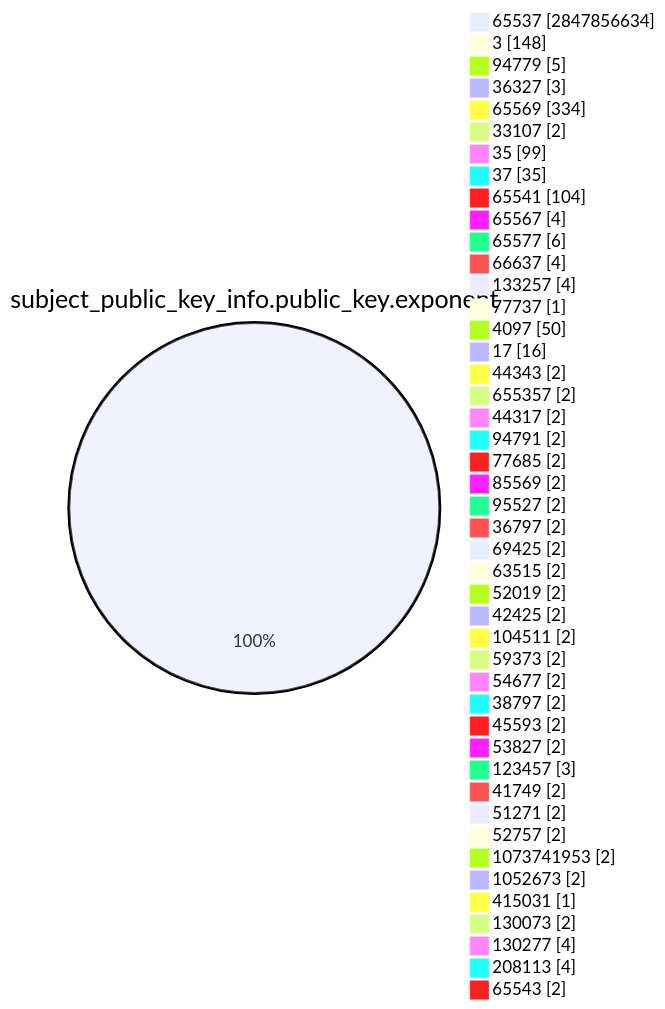
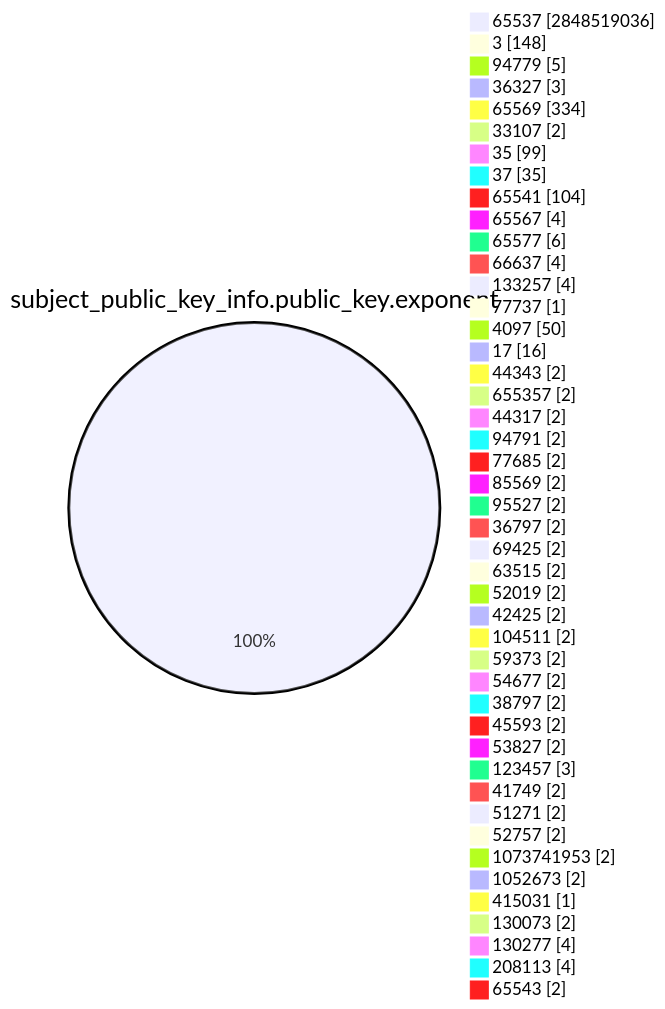
One commit to christiankrug/ctmonitor_visualization changed the fourth of 15 diagrams in TOTAL/README.md. Above: the diagram before and after it, drawn with Mermaid. The commit also changed other lines of this file, not shown here.

````diff
--- a/TOTAL/README.md
+++ b/TOTAL/README.md
@@ -1468,49 +1468,49 @@
 ```mermaid
 pie showData
 title subject_public_key_info.public_key.exponent
-"65537" :2847856634
+"65537" :2848519036
 "3" :148
 "94779" :5
 "36327" :3
 "65569" :334
 "33107" :2
 "35" :99
 "37" :35
 "65541" :104
 "65567" :4
 "65577" :6
 "66637" :4
 "133257" :4
 "77737" :1
 "4097" :50
 "17" :16
 "44343" :2
 "655357" :2
 "44317" :2
 "94791" :2
 "77685" :2
 "85569" :2
 "95527" :2
 "36797" :2
 "69425" :2
 "63515" :2
 "52019" :2
 "42425" :2
 "104511" :2
 "59373" :2
 "54677" :2
 "38797" :2
 "45593" :2
 "53827" :2
 "123457" :3
 "41749" :2
 "51271" :2
 "52757" :2
 "1073741953" :2
 "1052673" :2
 "415031" :1
 "130073" :2
 "130277" :4
 "208113" :4
 "65543" :2
 ```
````
